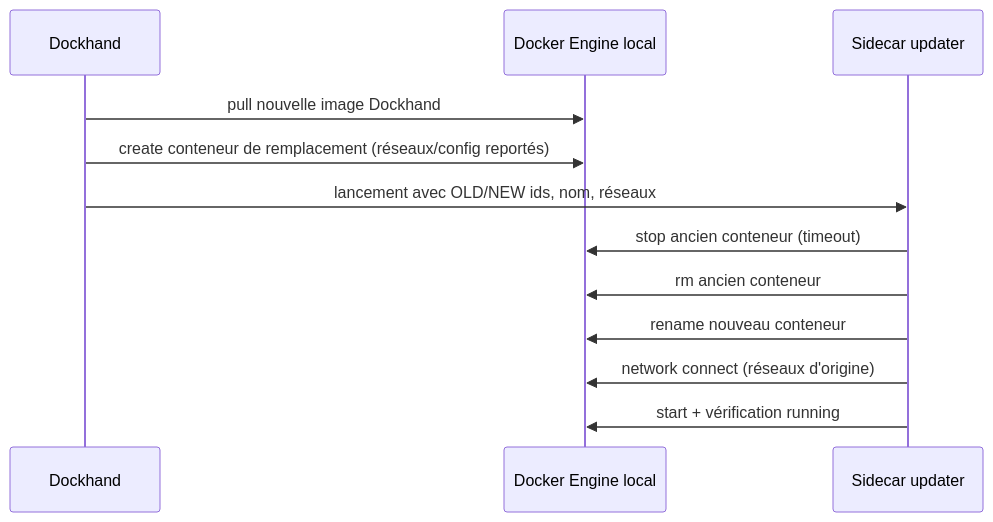
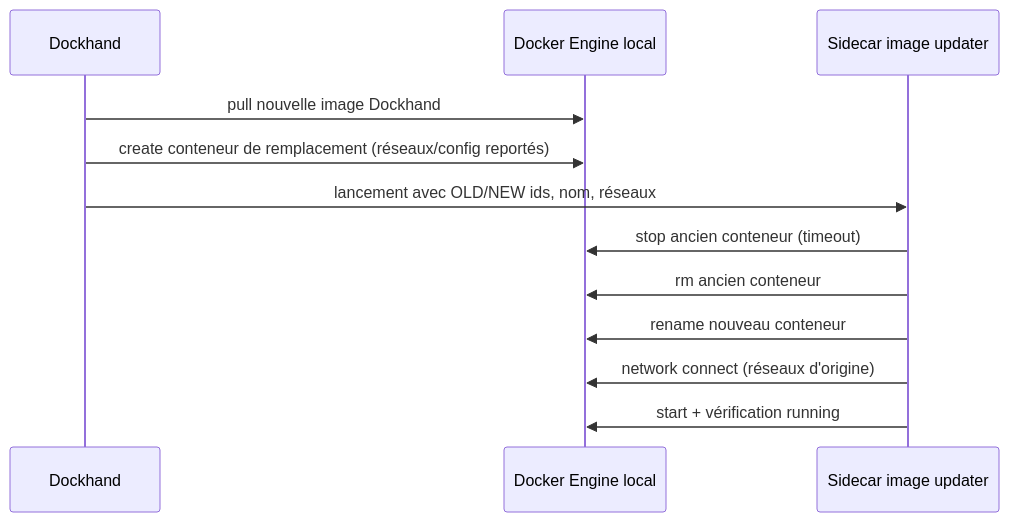
The eighth of 8 diagrams in docs/spec_dockhand_reference/02-architecture-fonctionnelle.md (stefapi/windflow), drawn with Mermaid before and after one commit. The commit also changed other lines of this file and 15 other files, not shown here.

````diff
--- a/docs/spec_dockhand_reference/02-architecture-fonctionnelle.md
+++ b/docs/spec_dockhand_reference/02-architecture-fonctionnelle.md
@@ -350,15 +339,15 @@
 ```mermaid
 sequenceDiagram
     participant S as Dockhand
     participant D as Docker Engine local
-    participant U as Sidecar updater
+    participant U as Sidecar image updater
 
     S->>D: pull nouvelle image Dockhand
     S->>D: create conteneur de remplacement (réseaux/config reportés)
     S->>U: lancement avec OLD/NEW ids, nom, réseaux
     U->>D: stop ancien conteneur (timeout)
     U->>D: rm ancien conteneur
     U->>D: rename nouveau conteneur
     U->>D: network connect (réseaux d'origine)
     U->>D: start + vérification running
 ```
````
